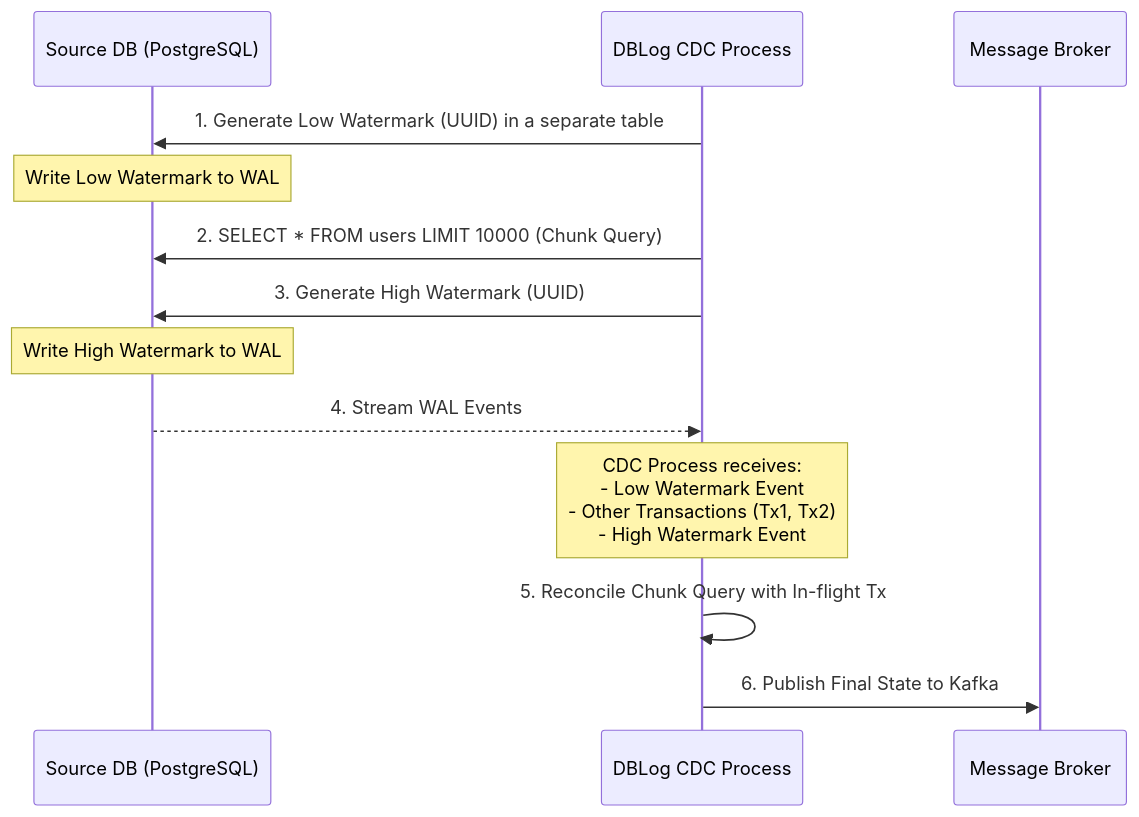
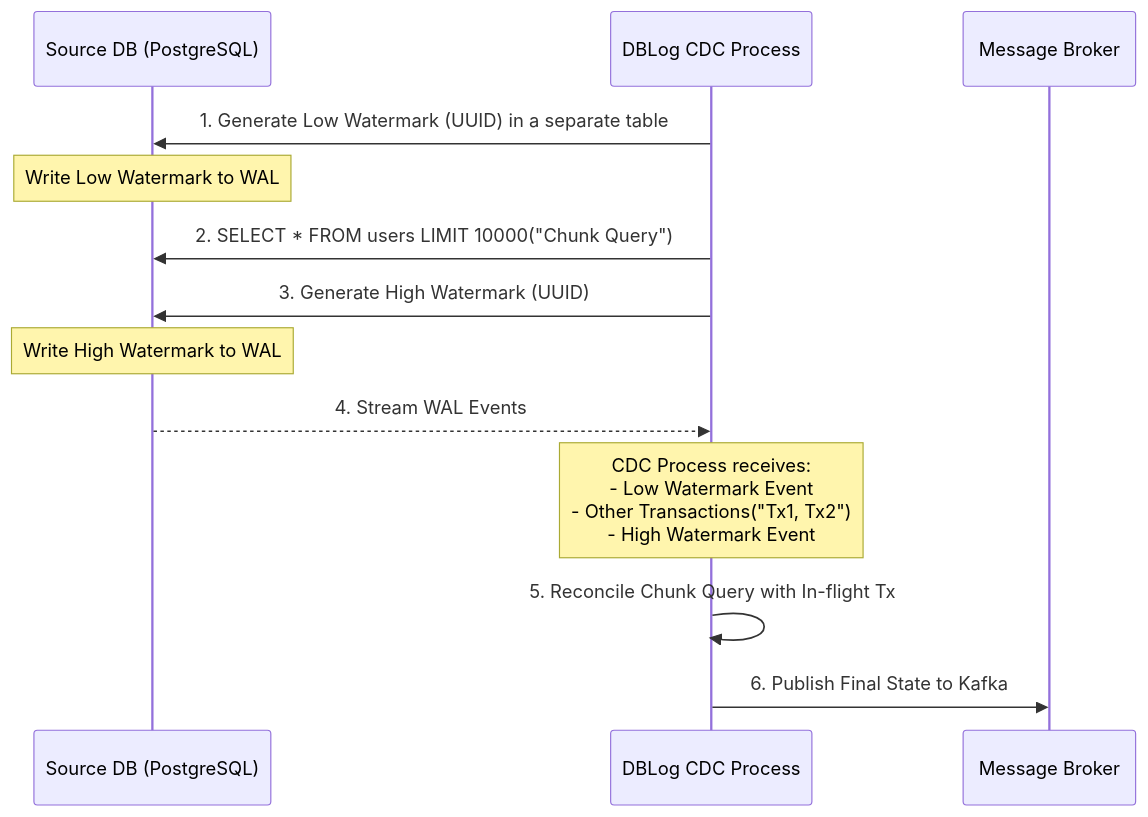
Before and after one commit to kythuatdulieu/kythuatdulieu.github.io: the first of 2 diagrams in src/content/docs/concepts/2-data-ingestion-integration/change-data-capture.md, drawn with Mermaid. The commit also changed 190 other files, not shown here.

Commit message:
fix: resolve mermaid syntax, math rendering, and metadata issues from content rewrite

````diff
--- a/src/content/docs/concepts/2-data-ingestion-integration/change-data-capture.md
+++ b/src/content/docs/concepts/2-data-ingestion-integration/change-data-capture.md
@@ -49,16 +49,16 @@
 ```mermaid
 sequenceDiagram
     participant DB as Source DB (PostgreSQL)
     participant CDC as DBLog CDC Process
     participant Kafka as Message Broker
     
     CDC->>DB: 1. Generate Low Watermark (UUID) in a separate table
     Note over DB: Write Low Watermark to WAL
-    CDC->>DB: 2. SELECT * FROM users LIMIT 10000 (Chunk Query)
+    CDC->>DB: 2. SELECT * FROM users LIMIT 10000("Chunk Query")
     CDC->>DB: 3. Generate High Watermark (UUID)
     Note over DB: Write High Watermark to WAL
     DB-->>CDC: 4. Stream WAL Events
-    Note over CDC: CDC Process receives:<br/>- Low Watermark Event<br/>- Other Transactions (Tx1, Tx2)<br/>- High Watermark Event
+    Note over CDC: CDC Process receives:<br/>- Low Watermark Event<br/>- Other Transactions("Tx1, Tx2")<br/>- High Watermark Event
     CDC->>CDC: 5. Reconcile Chunk Query with In-flight Tx
     CDC->>Kafka: 6. Publish Final State to Kafka
 ```
````
